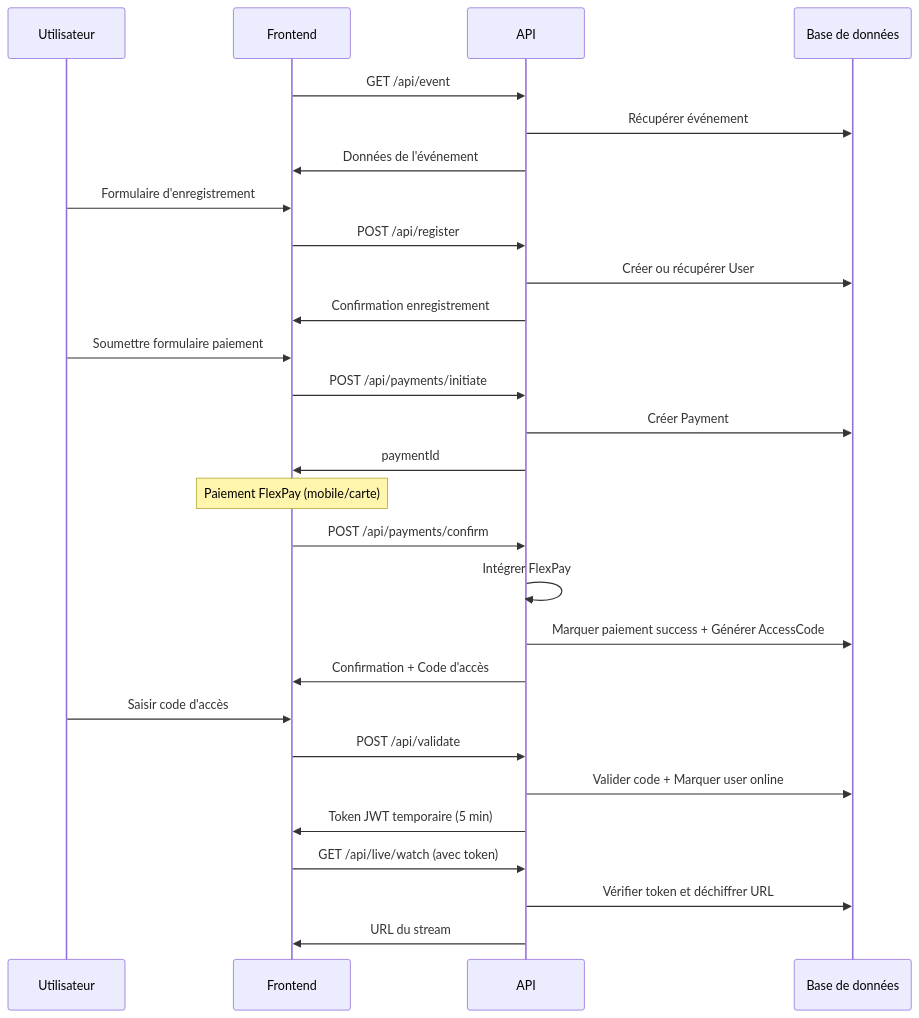
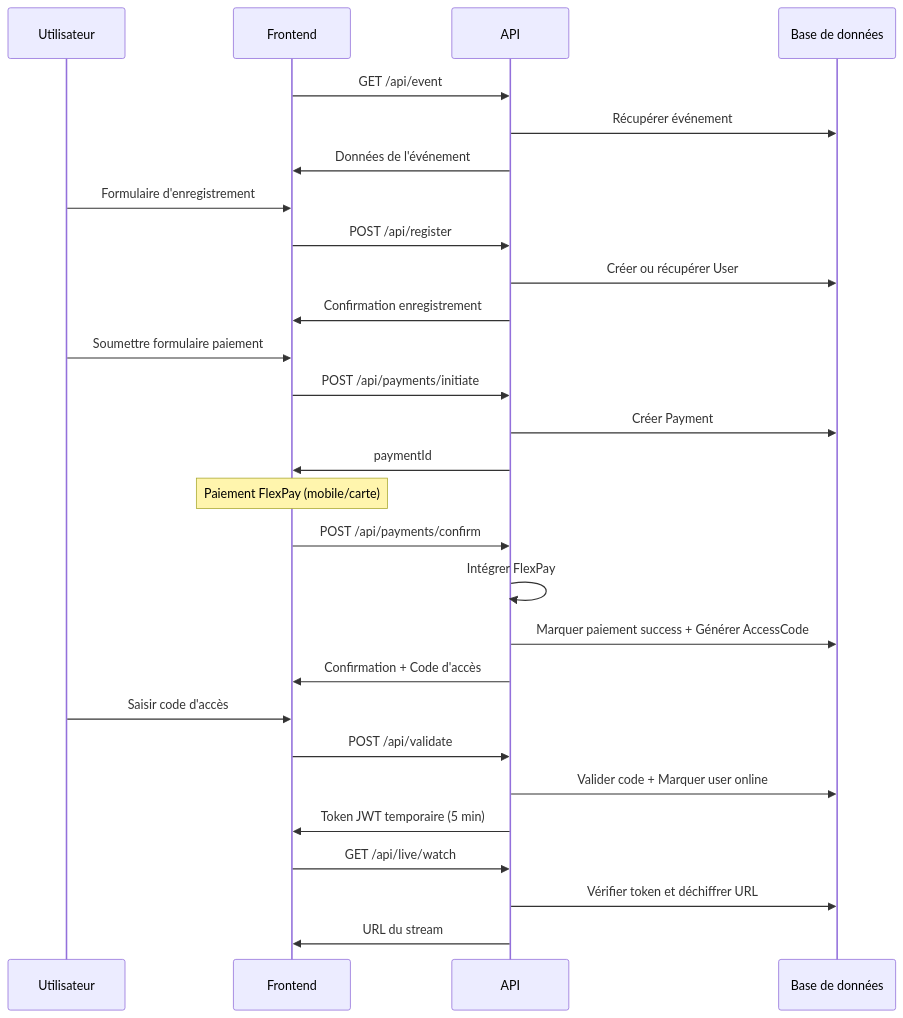
The first of 3 diagrams in API.md (dmwema/rumba-love-api), drawn with Mermaid before and after one commit. The commit also changed other lines of this file and 7 other files, not shown here.

````diff
--- a/API.md
+++ b/API.md
@@ -833,36 +826,36 @@
 ```mermaid
 sequenceDiagram
     participant U as Utilisateur
     participant F as Frontend
     participant A as API
     participant DB as Base de données
 
     F->>A: GET /api/event
     A->>DB: Récupérer événement
     A->>F: Données de l'événement
 
     U->>F: Formulaire d'enregistrement
     F->>A: POST /api/register
     A->>DB: Créer ou récupérer User
     A->>F: Confirmation enregistrement
 
     U->>F: Soumettre formulaire paiement
     F->>A: POST /api/payments/initiate
     A->>DB: Créer Payment
     A->>F: paymentId
 
     Note over F: Paiement FlexPay (mobile/carte)
     F->>A: POST /api/payments/confirm
     A->>A: Intégrer FlexPay
     A->>DB: Marquer paiement success + Générer AccessCode
     A->>F: Confirmation + Code d'accès
 
     U->>F: Saisir code d'accès
     F->>A: POST /api/validate
     A->>DB: Valider code + Marquer user online
     A->>F: Token JWT temporaire (5 min)
 
-    F->>A: GET /api/live/watch (avec token)
+    F->>A: GET /api/live/watch
     A->>DB: Vérifier token et déchiffrer URL
     A->>F: URL du stream
 ```
````
